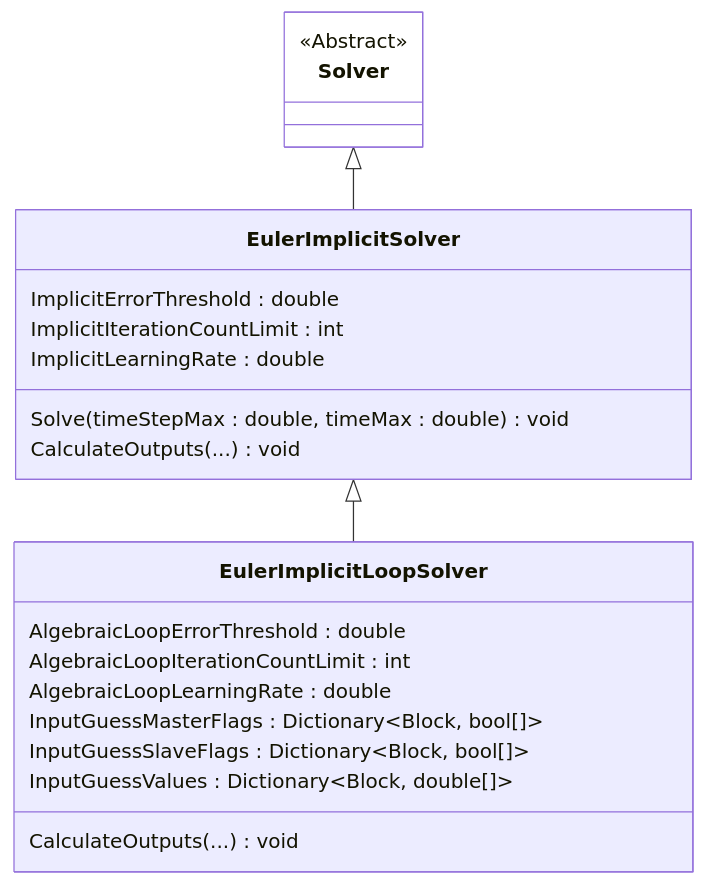
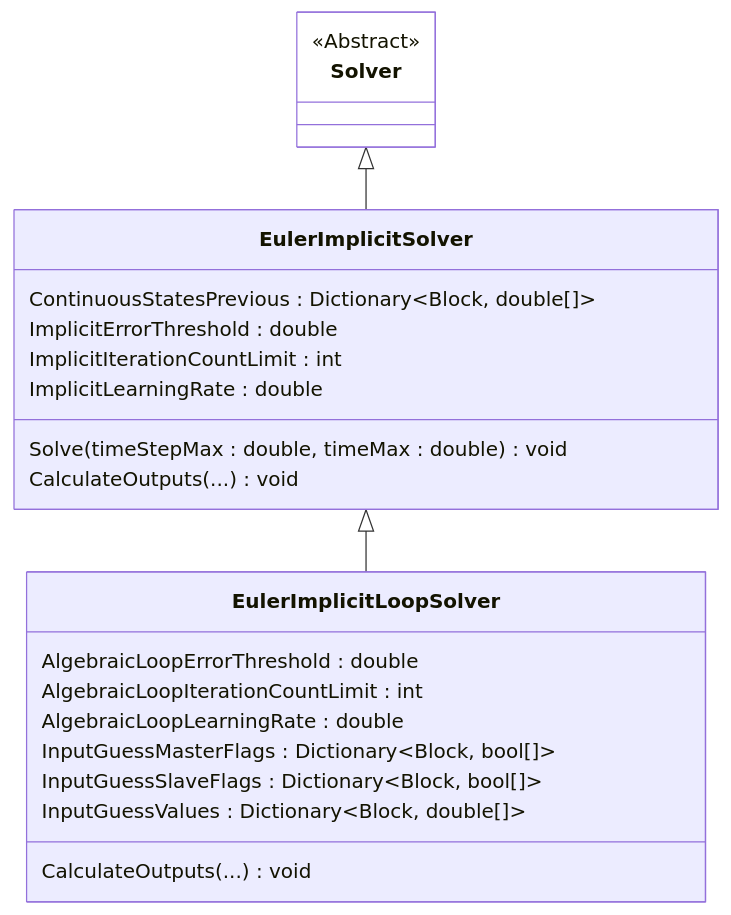
The diagram in Quellen/WS25/SFunctionContinuous/Solver.Implicit.mmd (ghackenberg/kurs-computer-simulation), drawn with Mermaid before and after one commit. The commit also changed 22 other files, not shown here.

```diff
--- a/Quellen/WS25/SFunctionContinuous/Solver.Implicit.mmd
+++ b/Quellen/WS25/SFunctionContinuous/Solver.Implicit.mmd
@@ -1,34 +1,36 @@
 classDiagram
 
     direction TB
 
     class Solver {
         <<Abstract>>
     }
 
     class EulerImplicitSolver {
+        ContinuousStatesPrevious : Dictionary~Block, double[]~
+        
         ImplicitErrorThreshold : double
         ImplicitIterationCountLimit : int
         ImplicitLearningRate : double
 
         Solve(timeStepMax : double, timeMax : double) void
 
         CalculateOutputs(...) void
     }
 
     class EulerImplicitLoopSolver {
         AlgebraicLoopErrorThreshold : double
         AlgebraicLoopIterationCountLimit : int
         AlgebraicLoopLearningRate : double
 
         InputGuessMasterFlags : Dictionary~Block, bool[]~
         InputGuessSlaveFlags : Dictionary~Block, bool[]~
         InputGuessValues : Dictionary~Block, double[]~
 
         CalculateOutputs(...) void
     }
 
     Solver <|-- EulerImplicitSolver
     EulerImplicitSolver <|-- EulerImplicitLoopSolver
 
     style Solver fill:white
```
